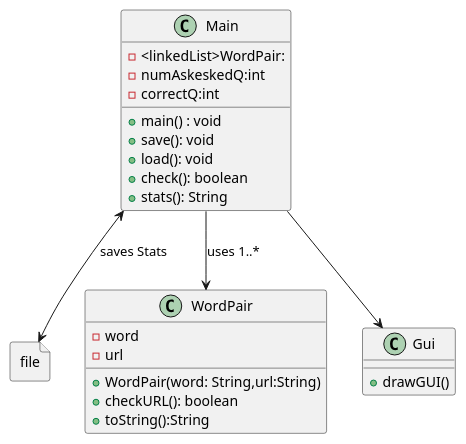
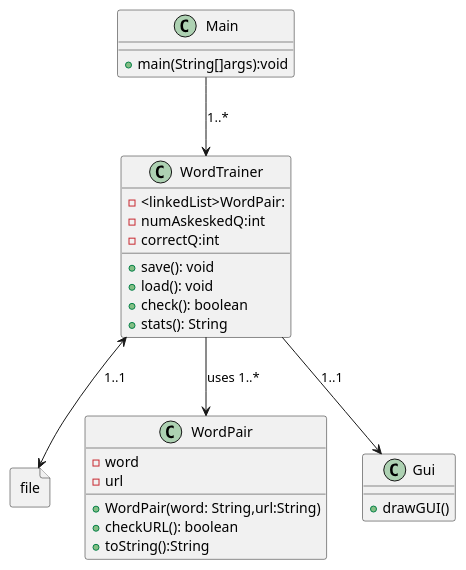
One commit to TGM-HIT/sew9-2425-worttrainer-Ubetterbisoft changed the diagram in Worttrainer4/src/main/java/UML.puml. Above: the diagram before and after it, drawn with PlantUML. The commit also changed 2 other files, not shown here.

Commit message:
UML Rework

```diff
--- a/Worttrainer4/src/main/java/UML.puml
+++ b/Worttrainer4/src/main/java/UML.puml
@@ -1,41 +1,44 @@
 @startuml
 'https://plantuml.com/sequence-diagram
 
-
-class Main {
+class Main{
+    +main(String[]args):void
+}
+class WordTrainer {
     -<linkedList>WordPair:
     -numAskeskedQ:int
     -correctQ:int
 
-    + main() : void
+
     +save(): void
     +load(): void
     +check(): boolean
     +stats(): String
 }
 
 class WordPair {
     - word
     - url
     +WordPair(word: String,url:String)
     +checkURL(): boolean
     + toString():String
 
 
 }
 
 class Gui {
     + drawGUI()
 
 }
 
 file file{
 
 }
 
-Main --> WordPair: uses 1..*
-Main --> Gui
-Main <--> file: saves Stats
+WordTrainer --> WordPair: uses 1..*
+WordTrainer --> Gui:1..1
+WordTrainer <--> file:1..1
+Main -->WordTrainer: 1..*
 
 
 @enduml
```
